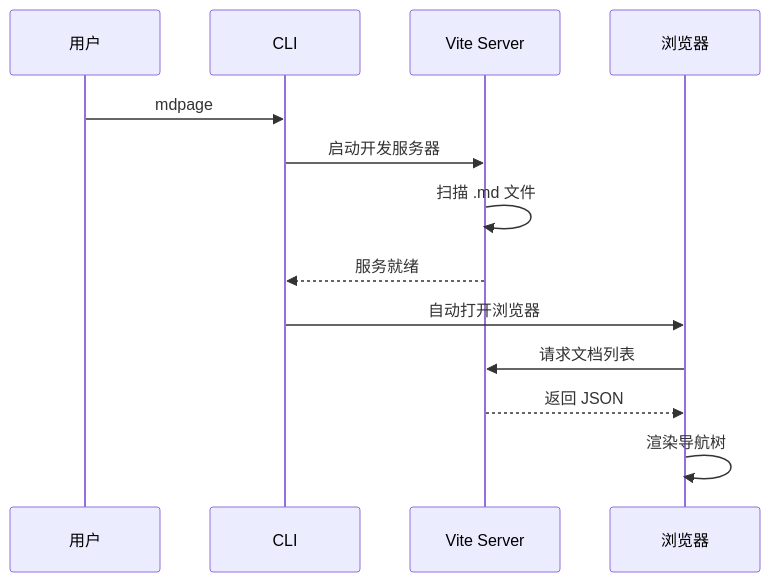
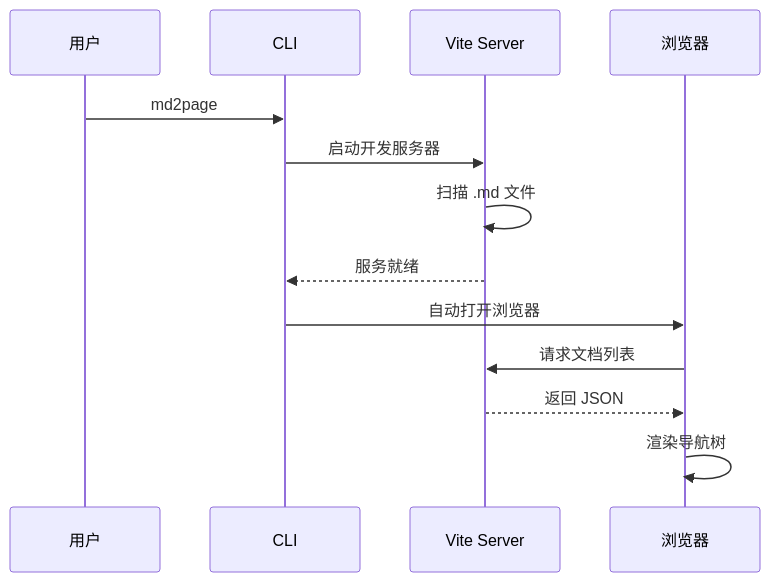
The second of 6 diagrams in public/docs/02-Markdown渲染/03-Mermaid图表.md (ooaaaa/md2ui), drawn with Mermaid before and after one commit. The commit also changed 23 other files, not shown here.

````diff
--- a/public/docs/02-Markdown渲染/03-Mermaid图表.md
+++ b/public/docs/02-Markdown渲染/03-Mermaid图表.md
@@ -20,16 +20,16 @@
 ```mermaid
 sequenceDiagram
     participant U as 用户
     participant C as CLI
     participant V as Vite Server
     participant B as 浏览器
 
-    U->>C: mdpage
+    U->>C: md2page
     C->>V: 启动开发服务器
     V->>V: 扫描 .md 文件
     V-->>C: 服务就绪
     C->>B: 自动打开浏览器
     B->>V: 请求文档列表
     V-->>B: 返回 JSON
     B->>B: 渲染导航树
 ```
````
